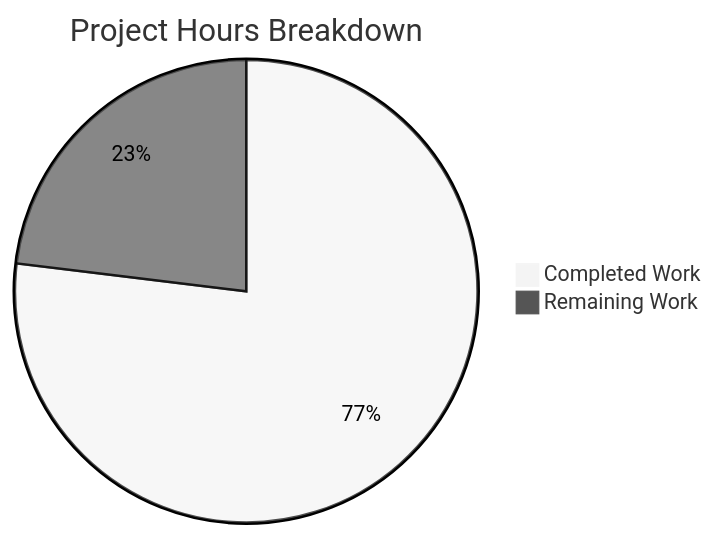
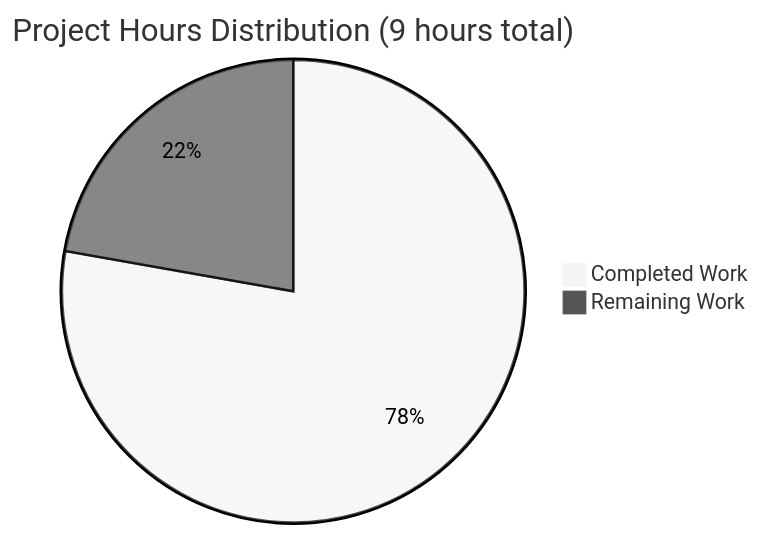
One commit to blitzytest02/Connectoldrepo changed the diagram in blitzy/documentation/Project Guide.md. Above: the diagram before and after it, drawn with Mermaid (neutral theme). The commit also changed other lines of this file, not shown here.

Commit message:
Adding Blitzy Project Guide: Project Status and Human Tasks Remaining

````diff
--- a/blitzy/documentation/Project Guide.md
+++ b/blitzy/documentation/Project Guide.md
@@ -154,5 +102,5 @@
 ```mermaid
-pie title Project Hours Breakdown
-    "Completed Work" : 10
-    "Remaining Work" : 3
+pie title Project Hours Distribution (9 hours total)
+    "Completed Work" : 7
+    "Remaining Work" : 2
 ```
````
